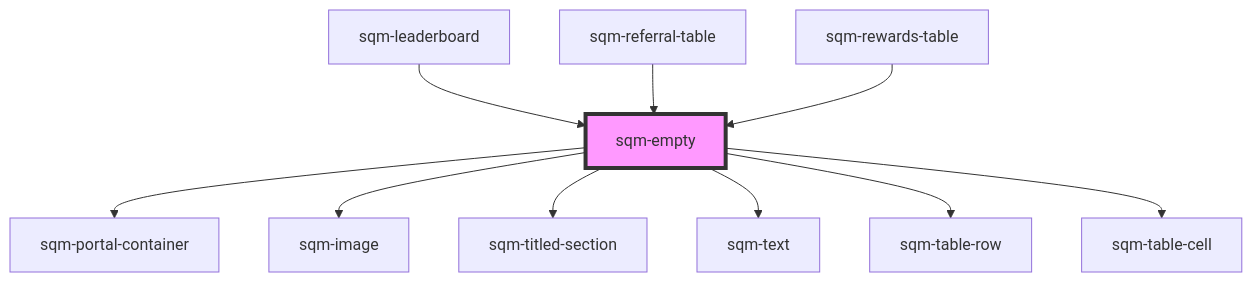
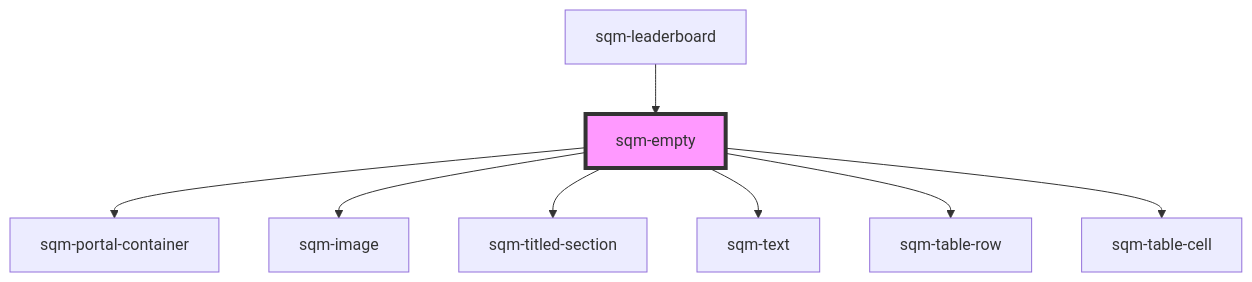
Before and after one commit to saasquatch/program-tools: the diagram in packages/mint-components/src/components/sqm-empty/readme.md, drawn with Mermaid. The commit also changed other lines of this file and 10 other files, not shown here.

````diff
--- a/packages/mint-components/src/components/sqm-empty/readme.md
+++ b/packages/mint-components/src/components/sqm-empty/readme.md
@@ -36,13 +34,11 @@
 ```mermaid
 graph TD;
   sqm-empty --> sqm-portal-container
   sqm-empty --> sqm-image
   sqm-empty --> sqm-titled-section
   sqm-empty --> sqm-text
   sqm-empty --> sqm-table-row
   sqm-empty --> sqm-table-cell
   sqm-leaderboard --> sqm-empty
-  sqm-referral-table --> sqm-empty
-  sqm-rewards-table --> sqm-empty
   style sqm-empty fill:#f9f,stroke:#333,stroke-width:4px
 ```
````
